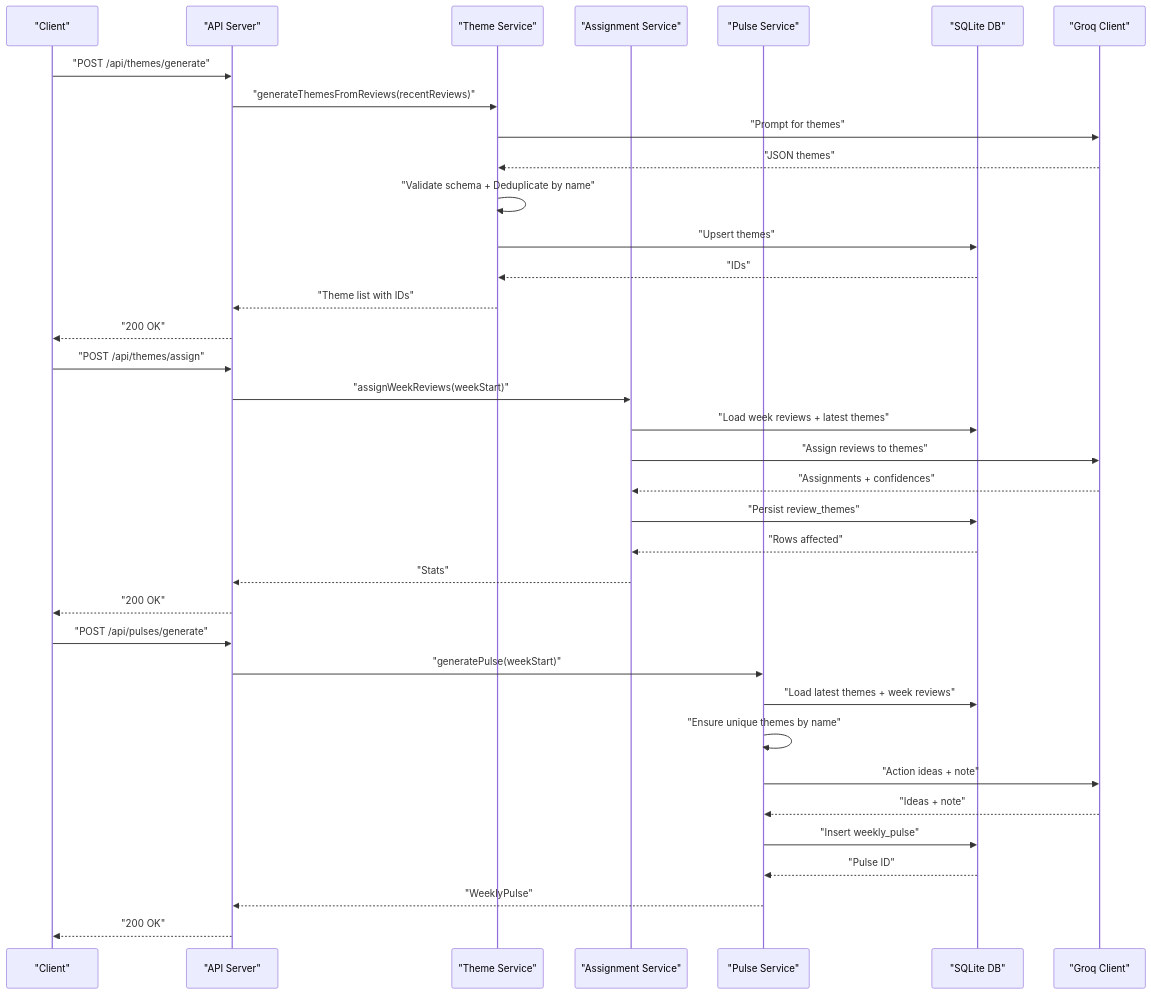
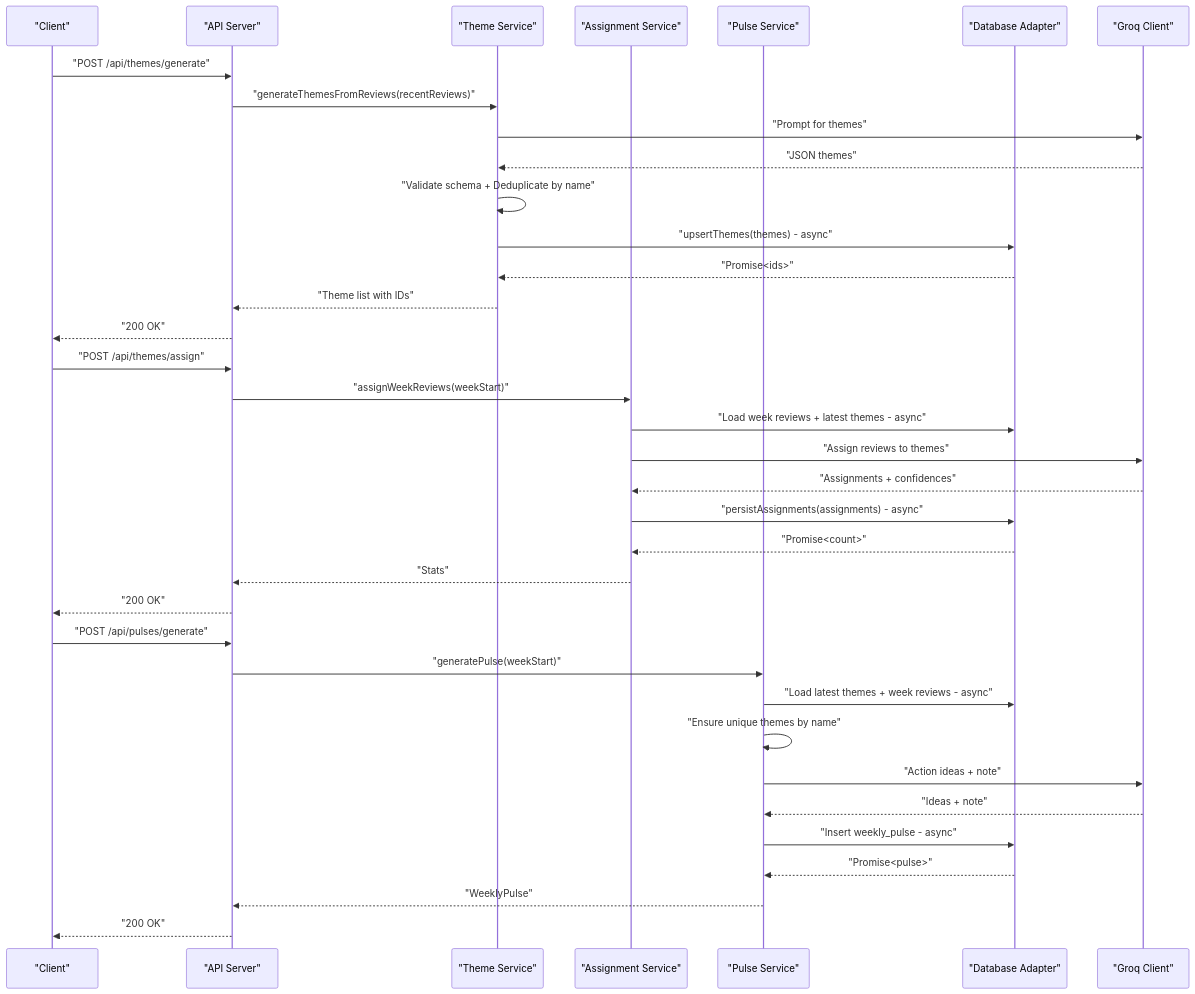
Before and after one commit to aravinthraj-ramalingam/Groww-App-Review-Insights-Analyzer-: the second of 9 diagrams in .qoder/repowiki/en/content/Phase 2_ Advanced Analytics & Automation/Theme Generation & Management.md, drawn with Mermaid. The commit also changed other lines of this file and 10 other files, not shown here.

````diff
--- a/.qoder/repowiki/en/content/Phase 2_ Advanced Analytics & Automation/Theme Generation & Management.md
+++ b/.qoder/repowiki/en/content/Phase 2_ Advanced Analytics & Automation/Theme Generation & Management.md
@@ -138,38 +152,38 @@
 ```mermaid
 sequenceDiagram
 participant Client as "Client"
 participant API as "API Server"
 participant TS as "Theme Service"
 participant AS as "Assignment Service"
 participant PS as "Pulse Service"
-participant DB as "SQLite DB"
+participant DB as "Database Adapter"
 participant LLM as "Groq Client"
 Client->>API : "POST /api/themes/generate"
 API->>TS : "generateThemesFromReviews(recentReviews)"
 TS->>LLM : "Prompt for themes"
 LLM-->>TS : "JSON themes"
 TS->>TS : "Validate schema + Deduplicate by name"
-TS->>DB : "Upsert themes"
-DB-->>TS : "IDs"
+TS->>DB : "upsertThemes(themes) - async"
+DB-->>TS : "Promise<ids>"
 TS-->>API : "Theme list with IDs"
 API-->>Client : "200 OK"
 Client->>API : "POST /api/themes/assign"
 API->>AS : "assignWeekReviews(weekStart)"
-AS->>DB : "Load week reviews + latest themes"
+AS->>DB : "Load week reviews + latest themes - async"
 AS->>LLM : "Assign reviews to themes"
 LLM-->>AS : "Assignments + confidences"
-AS->>DB : "Persist review_themes"
-DB-->>AS : "Rows affected"
+AS->>DB : "persistAssignments(assignments) - async"
+DB-->>AS : "Promise<count>"
 AS-->>API : "Stats"
 API-->>Client : "200 OK"
 Client->>API : "POST /api/pulses/generate"
 API->>PS : "generatePulse(weekStart)"
-PS->>DB : "Load latest themes + week reviews"
+PS->>DB : "Load latest themes + week reviews - async"
 PS->>PS : "Ensure unique themes by name"
 PS->>LLM : "Action ideas + note"
 LLM-->>PS : "Ideas + note"
-PS->>DB : "Insert weekly_pulse"
-DB-->>PS : "Pulse ID"
+PS->>DB : "Insert weekly_pulse - async"
+DB-->>PS : "Promise<pulse>"
 PS-->>API : "WeeklyPulse"
 API-->>Client : "200 OK"
 ```
````
